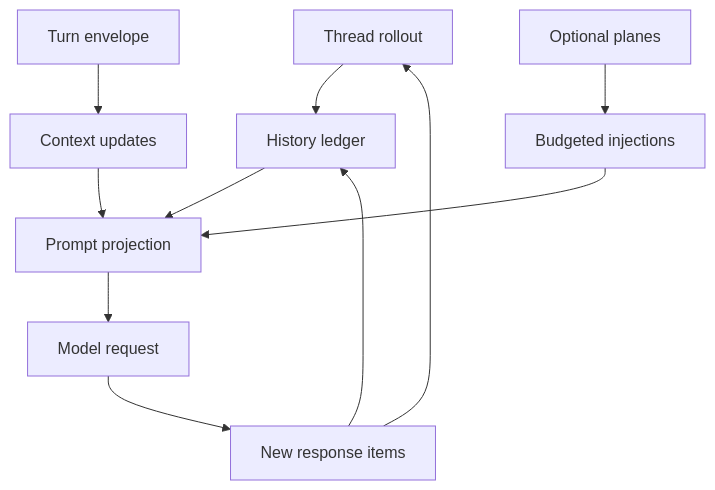
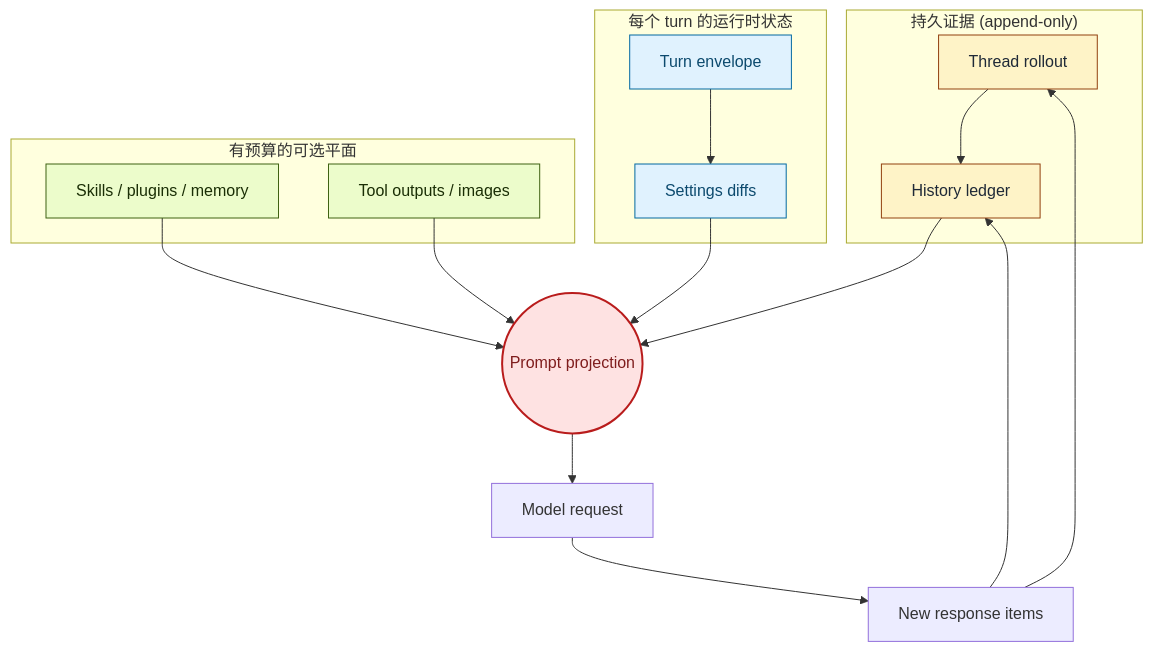
The diagram in docs/zh/codex-context-management/chapter-01.md (WineChord/books), drawn with Mermaid before and after one commit. The commit also changed other lines of this file and 21 other files, not shown here.

````diff
--- a/docs/zh/codex-context-management/chapter-01.md
+++ b/docs/zh/codex-context-management/chapter-01.md
@@ -32,13 +32,32 @@
 ```mermaid
-graph TD
-  A[Thread rollout] --> B[History ledger]
-  C[Turn envelope] --> D[Context updates]
-  E[Optional planes] --> F[Budgeted injections]
-  B --> G[Prompt projection]
-  D --> G
+flowchart TD
+  subgraph durable["持久证据 (append-only)"]
+    A[Thread rollout]
+    B[History ledger]
+  end
+  subgraph runtime["每个 turn 的运行时状态"]
+    C[Turn envelope]
+    D[Settings diffs]
+  end
+  subgraph optional["有预算的可选平面"]
+    E[Skills / plugins / memory]
+    F[Tool outputs / images]
+  end
+  A --> B
+  B --> G((Prompt projection))
+  C --> D --> G
+  E --> G
   F --> G
   G --> H[Model request]
   H --> I[New response items]
   I --> A
   I --> B
+  classDef plane fill:#fef3c7,stroke:#92400e,color:#1f2937,stroke-width:1px;
+  classDef runtime fill:#e0f2fe,stroke:#0369a1,color:#0c4a6e,stroke-width:1px;
+  classDef optional fill:#ecfccb,stroke:#3f6212,color:#1a2e05,stroke-width:1px;
+  classDef projection fill:#fee2e2,stroke:#b91c1c,color:#7f1d1d,stroke-width:2px;
+  class A,B plane;
+  class C,D runtime;
+  class E,F optional;
+  class G projection;
 ```
````
